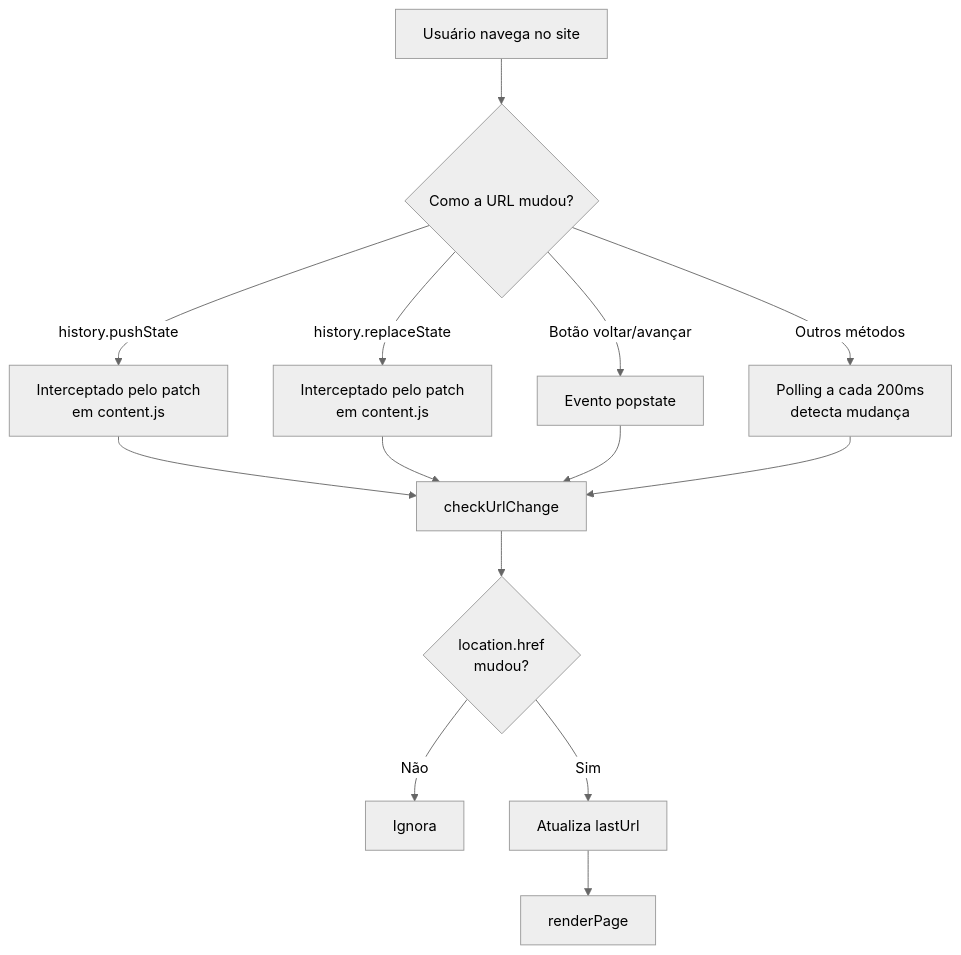
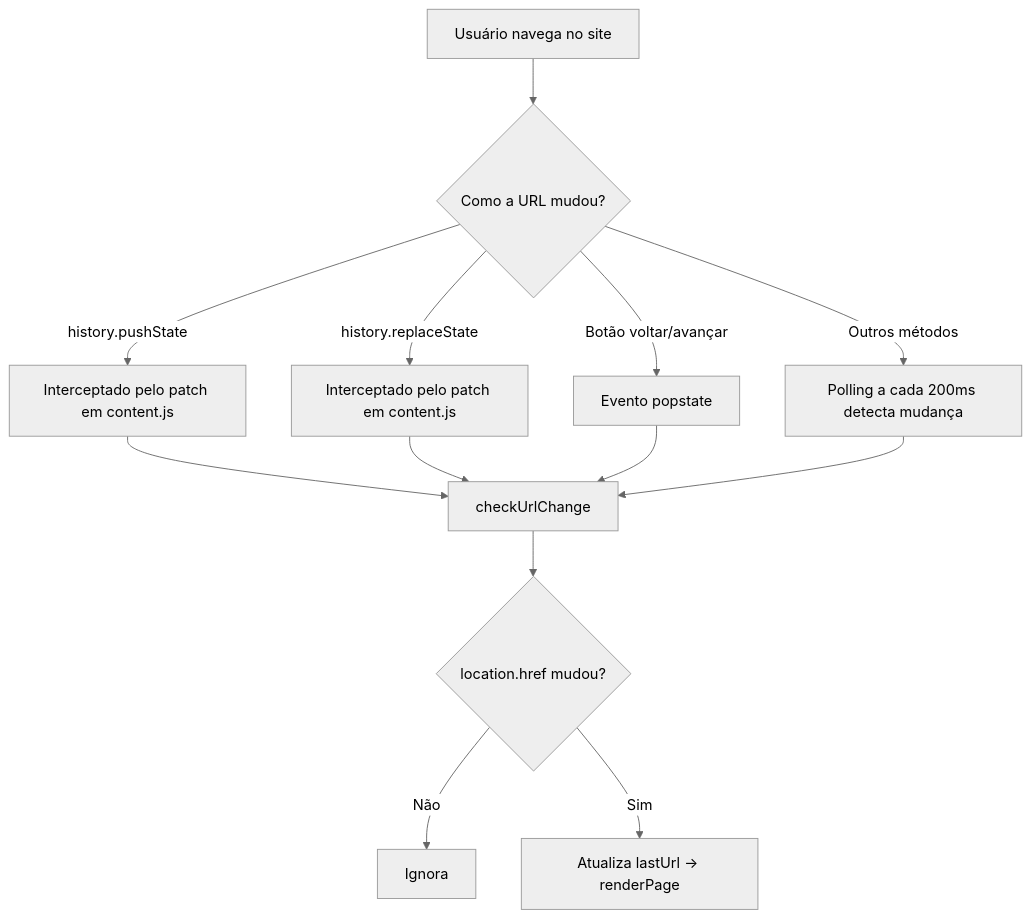
One commit to rafaelandrade74/fcabr-booster changed the sixth of 7 diagrams in documentation/FLOWS.md. Above: the diagram before and after it, drawn with Mermaid (neutral theme). The commit also changed other lines of this file and 7 other files, not shown here.

````diff
--- a/documentation/FLOWS.md
+++ b/documentation/FLOWS.md
@@ -109,19 +168,18 @@
 ```mermaid
 flowchart TD
     A[Usuário navega no site] --> B{Como a URL mudou?}
 
-    B -->|history.pushState| C[Interceptado pelo patch\nem content.js]
-    B -->|history.replaceState| D[Interceptado pelo patch\nem content.js]
+    B -->|history.pushState| C[Interceptado pelo patch em content.js]
+    B -->|history.replaceState| D[Interceptado pelo patch em content.js]
     B -->|Botão voltar/avançar| E[Evento popstate]
-    B -->|Outros métodos| F[Polling a cada 200ms\ndetecta mudança]
+    B -->|Outros métodos| F[Polling a cada 200ms detecta mudança]
 
     C --> G[checkUrlChange]
     D --> G
     E --> G
     F --> G
 
-    G --> H{location.href\nmudou?}
+    G --> H{location.href mudou?}
     H -->|Não| I[Ignora]
-    H -->|Sim| J[Atualiza lastUrl]
-    J --> K[renderPage]
+    H -->|Sim| J[Atualiza lastUrl → renderPage]
 ```
````
